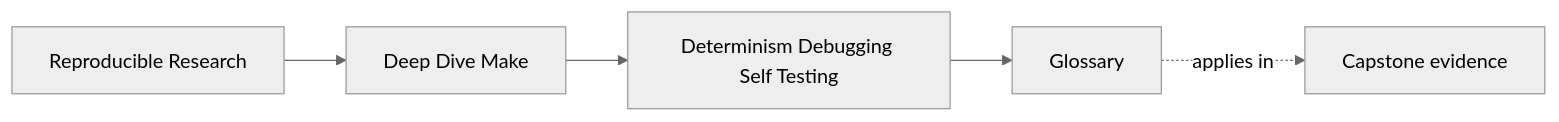
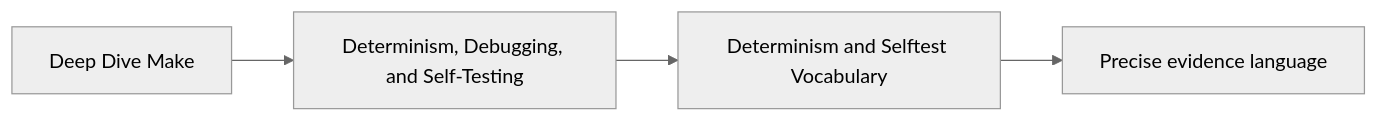
The first of 3 diagrams in programs/reproducible-research/deep-dive-make/course-book/module-03-determinism-debugging-self-testing/glossary.md (bijux/bijux-masterclass), drawn with Mermaid (neutral theme) before and after one commit. The commit also changed other lines of this file, not shown here.

Commit message:
docs(make): distinguish determinism evidence vocabulary

````diff
--- a/programs/reproducible-research/deep-dive-make/course-book/module-03-determinism-debugging-self-testing/glossary.md
+++ b/programs/reproducible-research/deep-dive-make/course-book/module-03-determinism-debugging-self-testing/glossary.md
@@ -7,11 +9,6 @@
 ```mermaid
 graph LR
-  family["Reproducible Research"]
-  program["Deep Dive Make"]
-  section["Determinism Debugging Self Testing"]
-  page["Glossary"]
-  capstone["Capstone evidence"]
-
-  family --> program --> section --> page
-  page -.applies in.-> capstone
+  course["Deep Dive Make"] --> module["Determinism, Debugging, and Self-Testing"]
+  module --> page["Determinism and Selftest Vocabulary"]
+  page --> language["Precise evidence language"]
 ```
````
